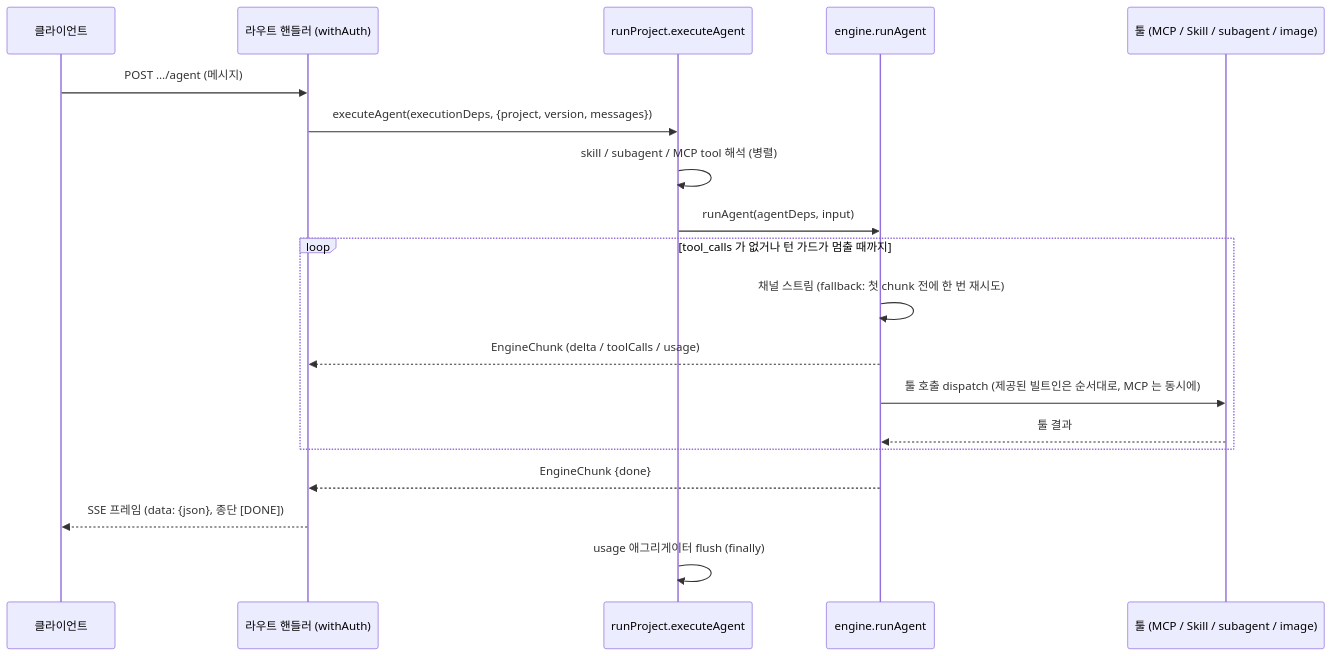
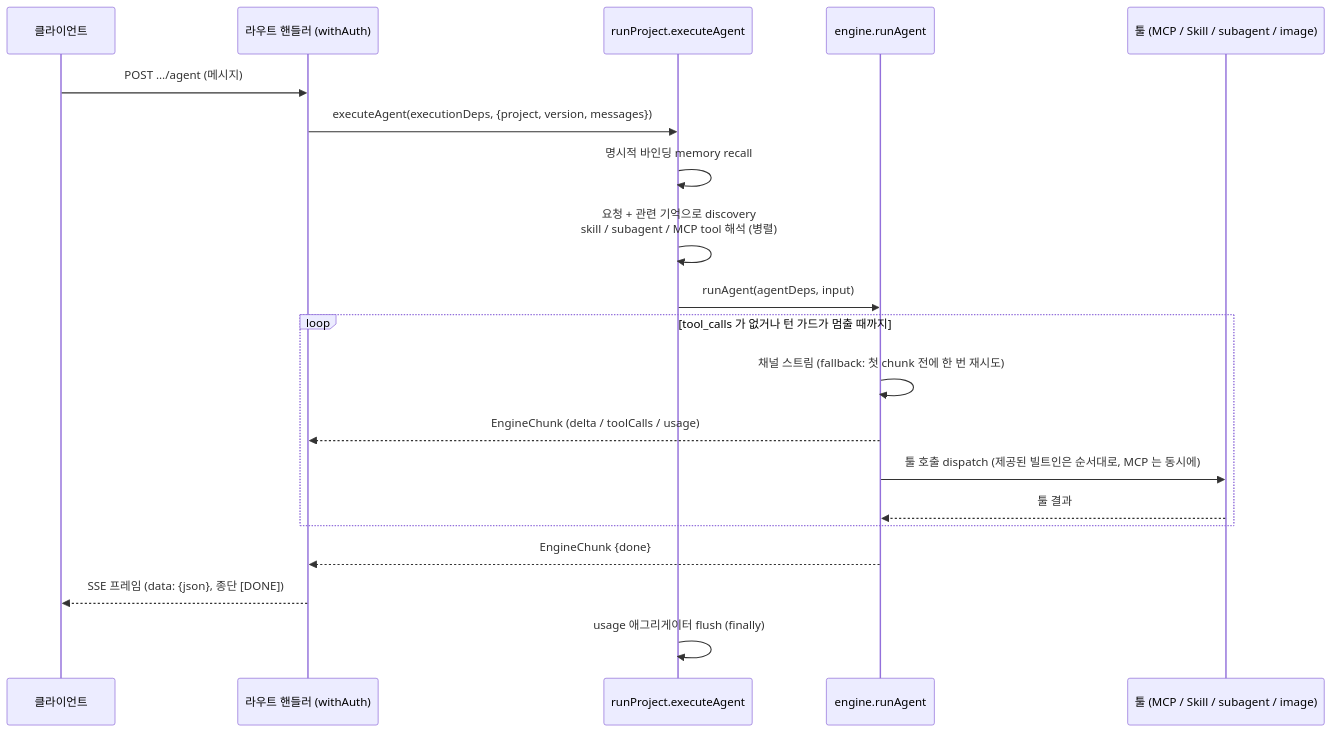
One commit to opspresso/agent-studio changed the third of 4 diagrams in docs/ARCHITECTURE.md. Above: the diagram before and after it, drawn with Mermaid. The commit also changed other lines of this file and 13 other files, not shown here.

Commit message:
fix: include memory recall in prompt previews

````diff
--- a/docs/ARCHITECTURE.md
+++ b/docs/ARCHITECTURE.md
@@ -572,21 +572,22 @@
 ```mermaid
 sequenceDiagram
   participant C as 클라이언트
   participant R as 라우트 핸들러 (withAuth)
   participant X as runProject.executeAgent
   participant E as engine.runAgent
   participant T as 툴 (MCP / Skill / subagent / image)
   C->>R: POST …/agent (메시지)
   R->>X: executeAgent(executionDeps, {project, version, messages})
-  X->>X: skill / subagent / MCP tool 해석 (병렬)
+  X->>X: 명시적 바인딩 memory recall
+  X->>X: 요청 + 관련 기억으로 discovery<br/>skill / subagent / MCP tool 해석 (병렬)
   X->>E: runAgent(agentDeps, input)
   loop tool_calls 가 없거나 턴 가드가 멈출 때까지
     E->>E: 채널 스트림 (fallback: 첫 chunk 전에 한 번 재시도)
     E-->>R: EngineChunk (delta / toolCalls / usage)
     E->>T: 툴 호출 dispatch (제공된 빌트인은 순서대로, MCP 는 동시에)
     T-->>E: 툴 결과
   end
   E-->>R: EngineChunk {done}
   R-->>C: SSE 프레임 (data: {json}, 종단 [DONE])
   X->>X: usage 애그리게이터 flush (finally)
 ```
````
